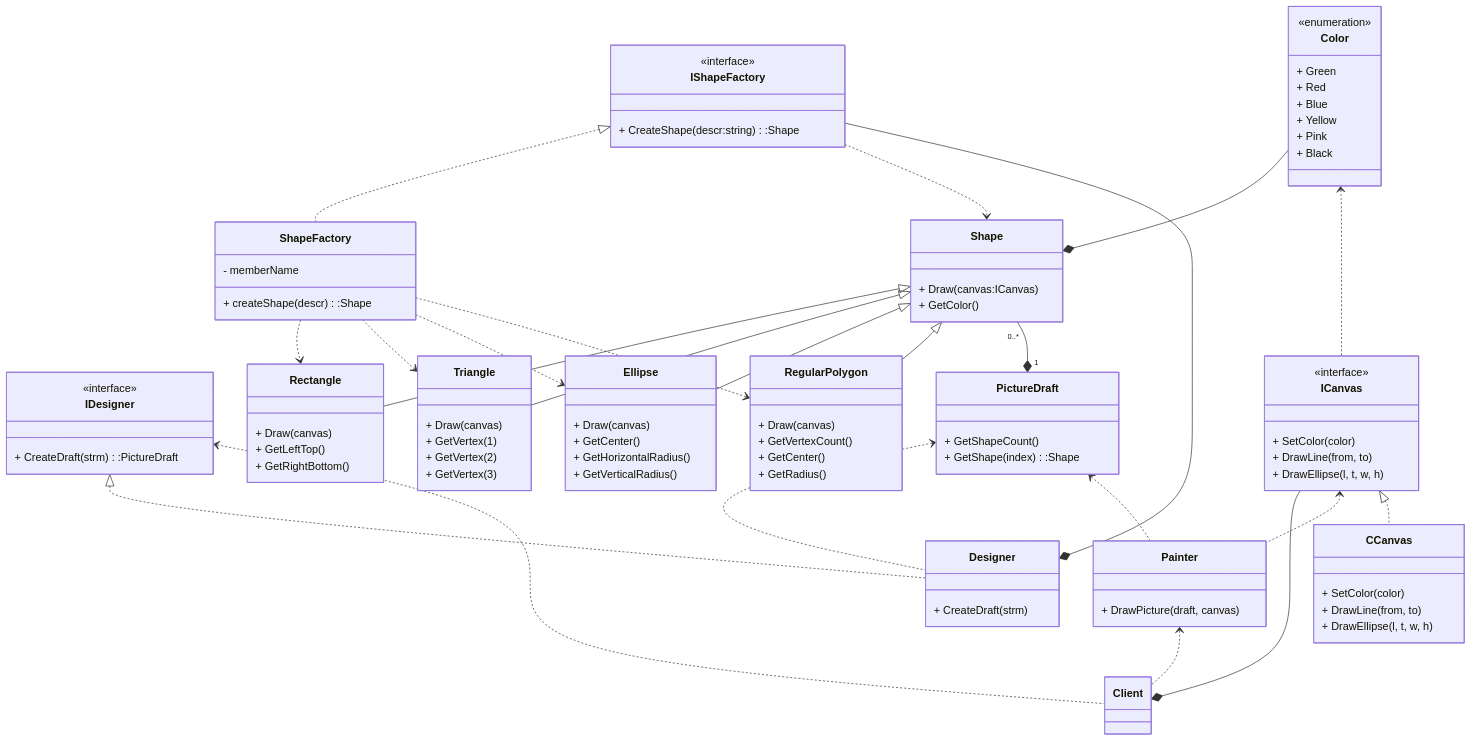
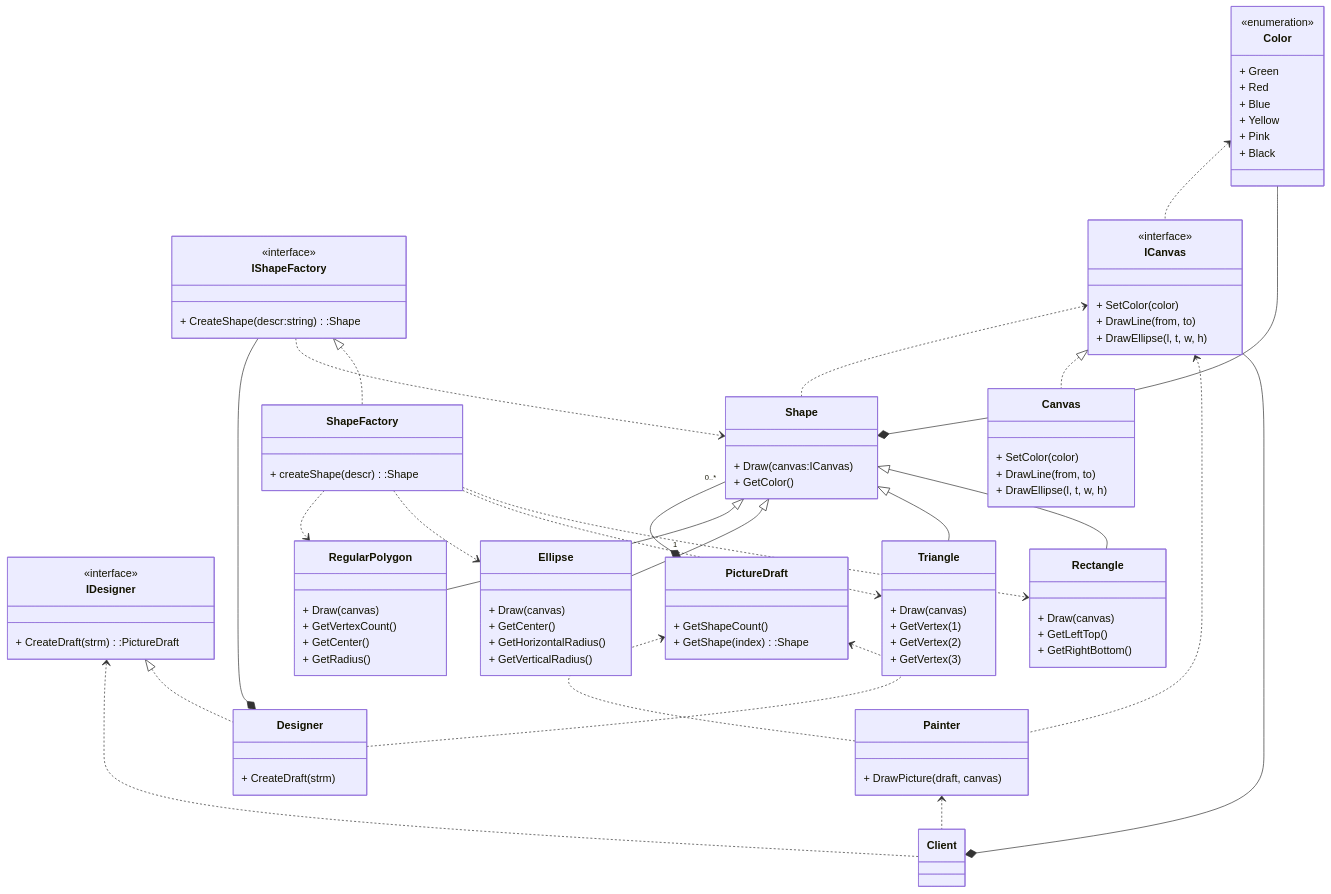
One commit to alexey-malov/ood changed the diagram in labs/04/README.md. Above: the diagram before and after it, drawn with Mermaid. The commit also changed 6 other files, not shown here.

Commit message:
Доработал диаграмму в 4 лабе и добавил лекцию с примерами к паттерну Адаптер

````diff
--- a/labs/04/README.md
+++ b/labs/04/README.md
@@ -144,7 +144,7 @@
         + GetRadius()
     }
 
-    class CCanvas {
+    class Canvas {
         + SetColor(color)
         + DrawLine(from, to)
         + DrawEllipse(l, t, w, h)
@@ -175,7 +175,6 @@
 
     class ShapeFactory {
         + createShape(descr):Shape
-        - memberName
     }
 
     IShapeFactory <|.. ShapeFactory 
@@ -199,5 +198,6 @@
     IDesigner <.. Client 
     Painter <.. Client
     ICanvas <.. Painter
-    ICanvas <|.. CCanvas 
+    ICanvas <|.. Canvas
+    ICanvas <.. Shape 
 ```
````
